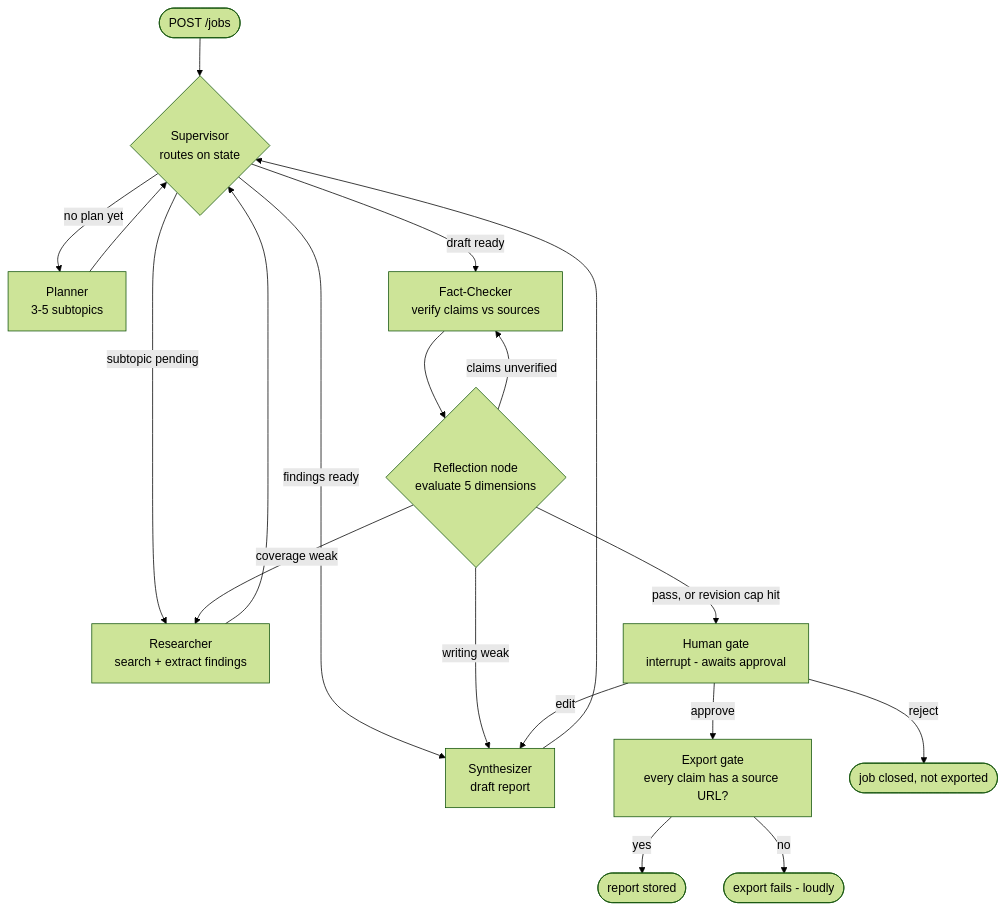
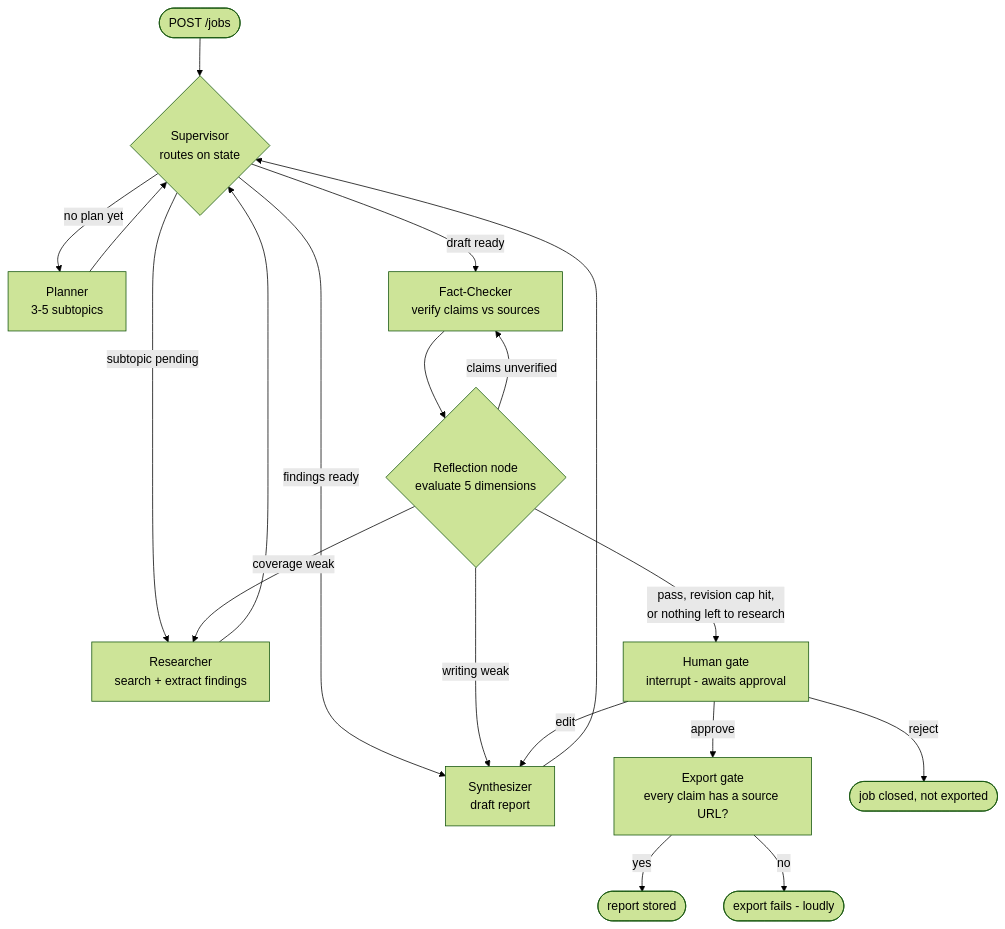
One commit to 02surajpatil02-afk/multi-agent-competitive-research-assistant changed the diagram in CLAUDE.md. Above: the diagram before and after it, drawn with Mermaid (forest theme). The commit also changed other lines of this file and 9 other files, not shown here.

````diff
--- a/CLAUDE.md
+++ b/CLAUDE.md
@@ -110,26 +120,26 @@
 ```mermaid
 flowchart TD
     START(["POST /jobs"]) --> SUP{"Supervisor<br/>routes on state"}
 
     SUP -->|"no plan yet"| PLAN["Planner<br/>3-5 subtopics"]
     SUP -->|"subtopic pending"| RES["Researcher<br/>search + extract findings"]
     SUP -->|"findings ready"| SYN["Synthesizer<br/>draft report"]
     SUP -->|"draft ready"| FC["Fact-Checker<br/>verify claims vs sources"]
 
     PLAN --> SUP
     RES --> SUP
     SYN --> SUP
     FC --> REFL{"Reflection node<br/>evaluate 5 dimensions"}
 
     REFL -->|"coverage weak"| RES
     REFL -->|"writing weak"| SYN
     REFL -->|"claims unverified"| FC
-    REFL -->|"pass, or revision cap hit"| GATE["Human gate<br/>interrupt - awaits approval"]
+    REFL -->|"pass, revision cap hit,<br/>or nothing left to research"| GATE["Human gate<br/>interrupt - awaits approval"]
 
     GATE -->|"approve"| EXPORT["Export gate<br/>every claim has a source URL?"]
     GATE -->|"reject"| REJECTED(["job closed, not exported"])
     GATE -->|"edit"| SYN
 
     EXPORT -->|"yes"| DONE(["report stored"])
     EXPORT -->|"no"| FAILED(["export fails - loudly"])
 ```
````
